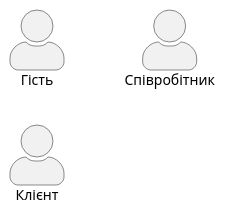
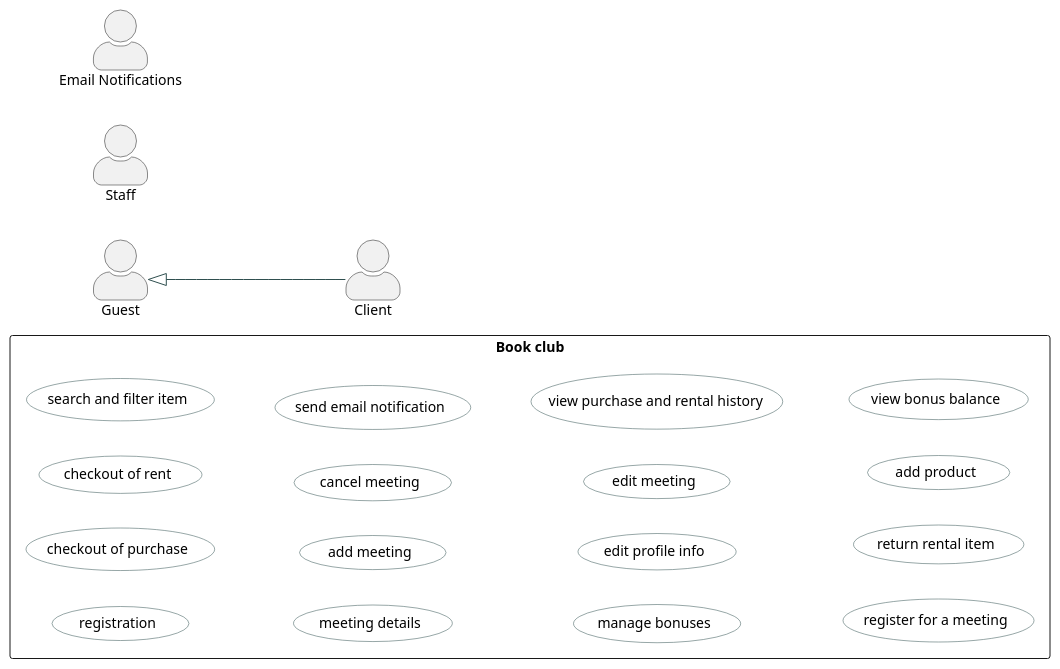
The diagram in task2/usecase.puml (sofiakiosova37-boop/bookshop_kpi2), drawn with PlantUML before and after one commit.

Commit message:
usecases added

```diff
--- a/task2/usecase.puml
+++ b/task2/usecase.puml
@@ -1,14 +1,38 @@
 @startuml
 left to right direction
 skinparam packageStyle rectangle
 skinparam actorStyle awesome
 skinparam usecase {
     BackgroundColor LightPurple
     BorderColor DarkSlateGray
     ArrowColor DarkSlateGray
 }
 
-actor "Гість" as Guest
-actor "Клієнт" as Client
-actor "Співробітник" as Staff
+actor "Guest" as Guest
+actor "Client" as Client
+actor "Staff" as Staff
+actor "Email Notifications" as EN
+
+Guest <|-- Client
+
+rectangle "Book club" {
+    usecase "registration" as UC1
+    usecase "checkout of purchase" as UC2
+    usecase "checkout of rent" as UC3
+    usecase "search and filter item" as UC4
+    usecase "meeting details" as UC5
+    usecase "add meeting" as UC6
+    usecase "cancel meeting" as UC7
+    usecase "send email notification" as UC8
+    usecase "manage bonuses" as UC9
+    usecase "edit profile info" as UC10
+    usecase "edit meeting" as UC11
+    usecase "view purchase and rental history" as UC12
+    usecase "register for a meeting" as UC13
+    usecase "return rental item" as UC14
+    usecase "add product" as UC15
+    usecase "view bonus balance" as UC16
+}
+
+
 @enduml
```
